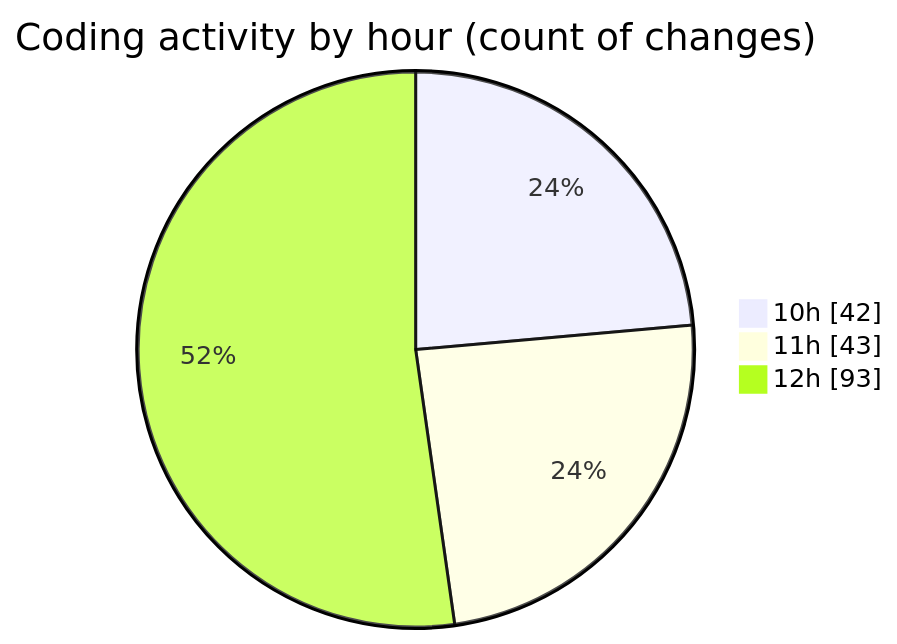
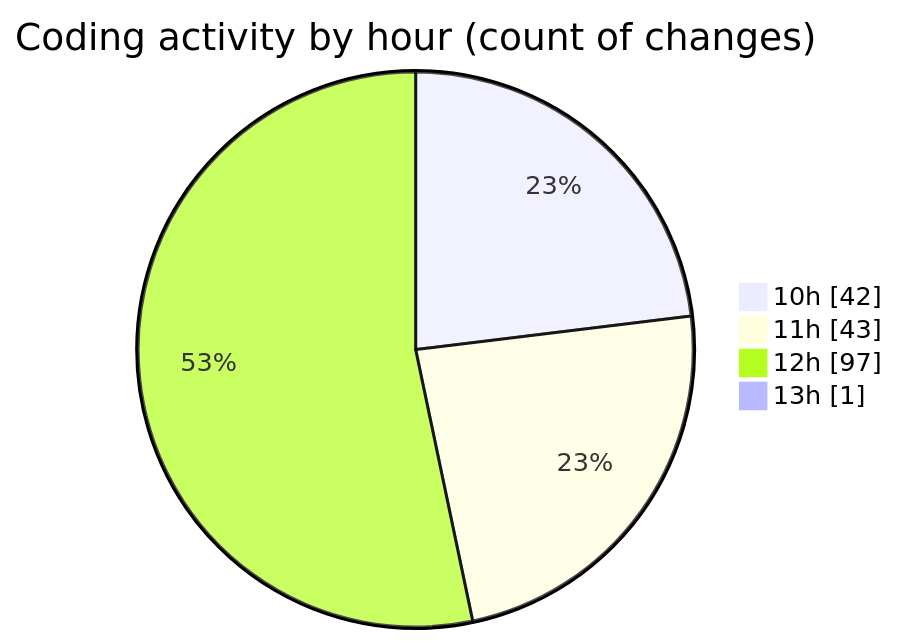
One commit to CELIANVF/code-tracking changed the second of 2 diagrams in 2025-05-15/ecodeli-1/README.md. Above: the diagram before and after it, drawn with Mermaid. The commit also changed other lines of this file and 1 other file, not shown here.

````diff
--- a/2025-05-15/ecodeli-1/README.md
+++ b/2025-05-15/ecodeli-1/README.md
@@ -69,7 +70,8 @@
 ```mermaid
 pie showData
 title Coding activity by hour (count of changes)
 "10h" : 42
 "11h" : 43
-"12h" : 93
+"12h" : 97
+"13h" : 1
 ```
````
